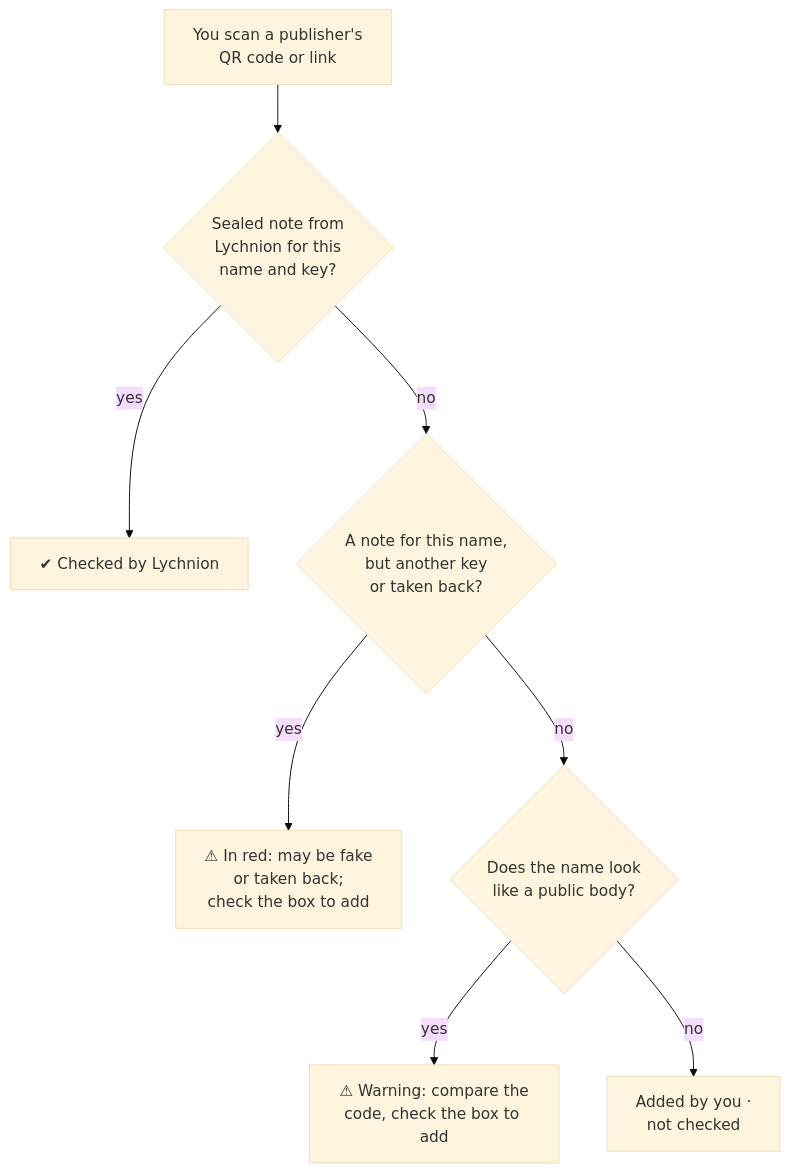
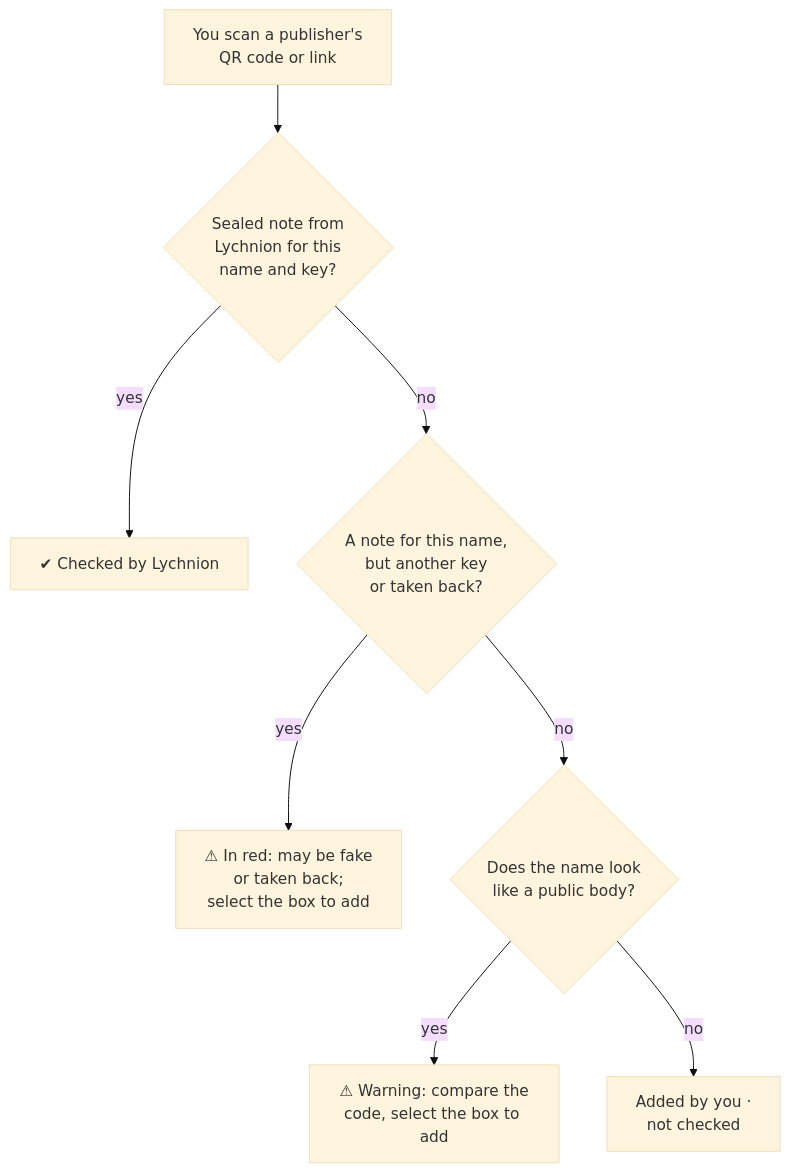
The second of 2 diagrams in docs/checked-publishers-explained.md (lychnion/lychnion), drawn with Mermaid (base theme) before and after one commit. The commit also changed other lines of this file and 1 other file, not shown here.

````diff
--- a/docs/checked-publishers-explained.md
+++ b/docs/checked-publishers-explained.md
@@ -82,18 +87,18 @@
 ```mermaid
 flowchart TD
   q["You scan a publisher's<br>QR code or link"]
   a{"Sealed note from<br>Lychnion for this<br>name and key?"}
   ok["✔ Checked by Lychnion"]
   b{"A note for this name,<br>but another key<br>or taken back?"}
-  red["⚠ In red: may be fake<br>or taken back;<br>check the box to add"]
+  red["⚠ In red: may be fake<br>or taken back;<br>select the box to add"]
   c{"Does the name look<br>like a public body?"}
-  warn["⚠ Warning: compare the<br>code, check the box to add"]
+  warn["⚠ Warning: compare the<br>code, select the box to add"]
   plain["Added by you ·<br>not checked"]
   q --> a
   a -- yes --> ok
   a -- no --> b
   b -- yes --> red
   b -- no --> c
   c -- yes --> warn
   c -- no --> plain
 ```
````
